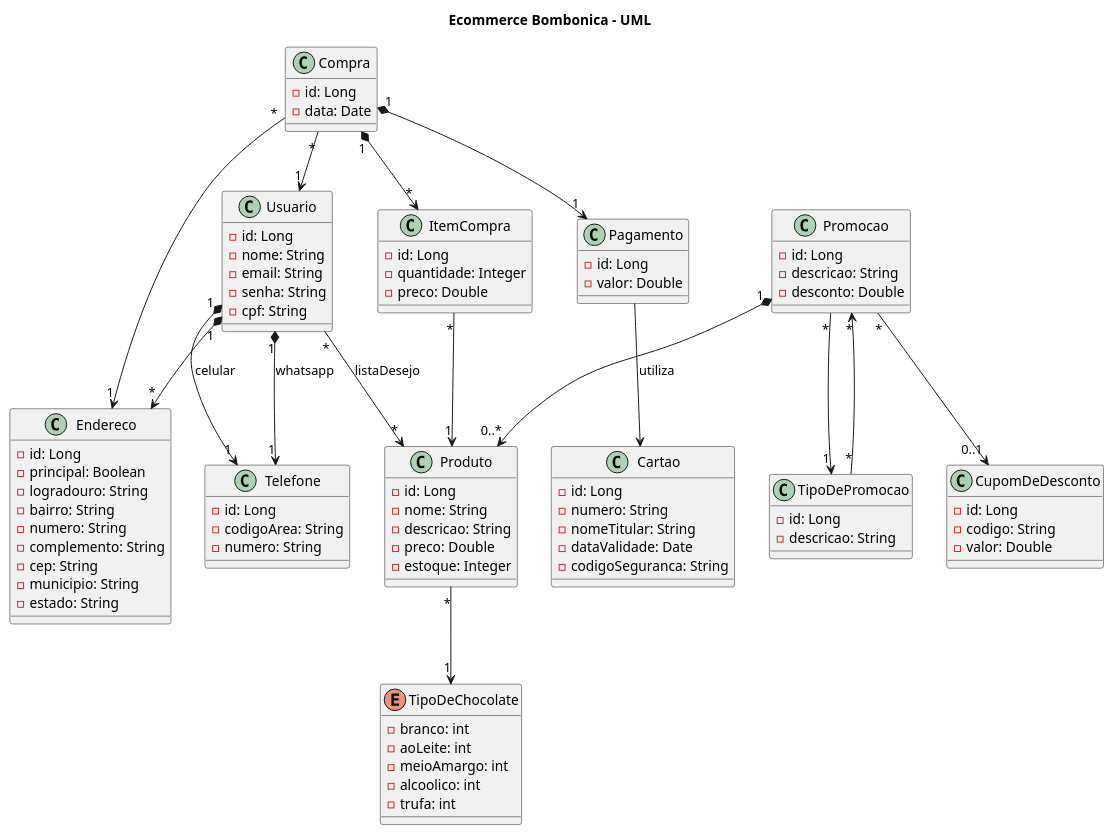
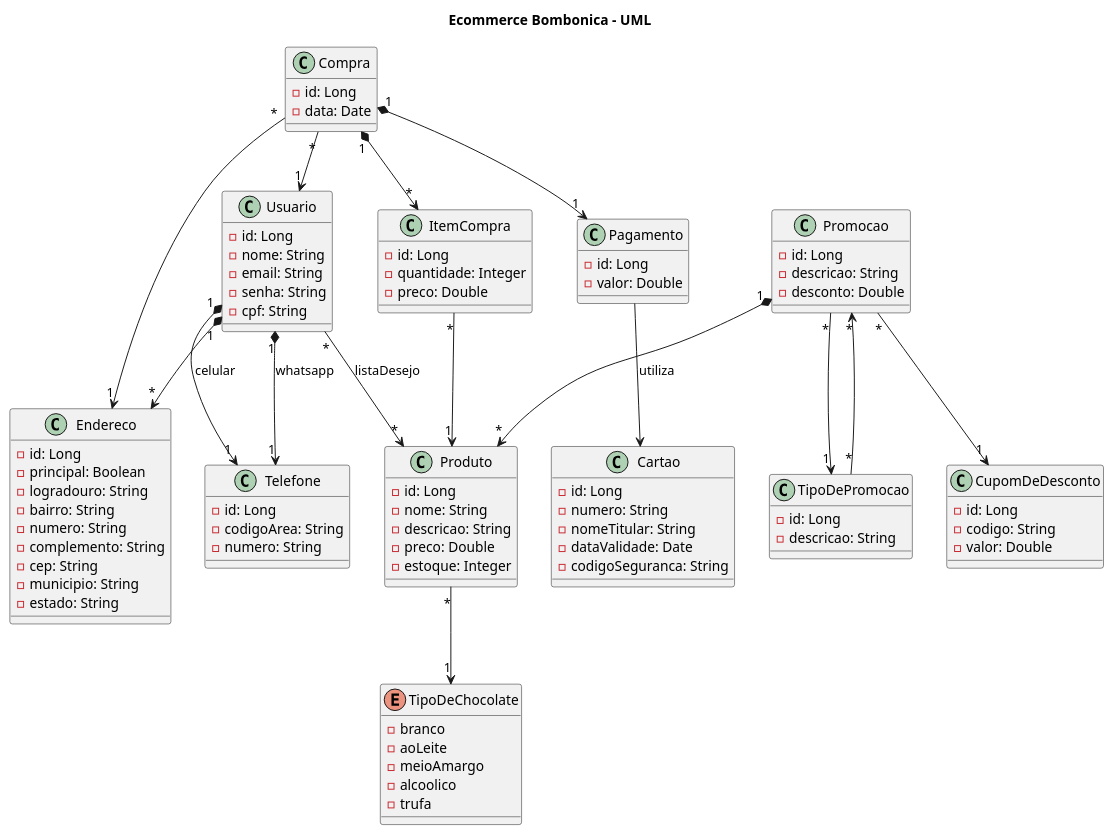
The diagram in Bombonica.plantuml (muniznicole/EcommerceBombonica), drawn with PlantUML before and after one commit.

Commit message:
Update ENUM

```diff
--- a/Bombonica.plantuml
+++ b/Bombonica.plantuml
@@ -1,109 +1,109 @@
-@startuml   
-    
+@startuml Bombonica
+
     title Ecommerce Bombonica - UML
 
     class Produto {
         - id: Long
         - nome: String
         - descricao: String
         - preco: Double
         - estoque: Integer
     }
 
     enum TipoDeChocolate {
-        - branco: int
-        - aoLeite: int
-        - meioAmargo: int
-        - alcoolico: int
-        - trufa: int
+        - branco
+        - aoLeite
+        - meioAmargo
+        - alcoolico
+        - trufa
     }
 
     class Usuario {
         - id: Long
         - nome: String
         - email: String
         - senha: String
         - cpf: String
     }
 
     class Telefone {
         - id: Long
         - codigoArea: String
         - numero: String
     }
 
     class Compra {
         - id: Long
         - data: Date
     }
 
     class ItemCompra {
         - id: Long
         - quantidade: Integer
         - preco: Double
     }
 
     class Endereco {
         - id: Long
         - principal: Boolean
         - logradouro: String
         - bairro: String
         - numero: String
         - complemento: String
         - cep: String
         - municipio: String
         - estado: String 
     }
 
     class TipoDePromocao {
         - id: Long
         - descricao: String
     }
 
     class Promocao {
         - id: Long
         - descricao: String
         - desconto: Double
     }
 
     class CupomDeDesconto {
         - id: Long
         - codigo: String
         - valor: Double
     }
 
     class Cartao {
         - id: Long
         - numero: String
         - nomeTitular: String
         - dataValidade: Date
         - codigoSeguranca: String
     }
 
     class Pagamento {
         - id: Long
         - valor: Double
     }
 
     Produto "*" --> "1" TipoDeChocolate
 
     Usuario "*" --> "*" Produto: listaDesejo
     Usuario "1" *--> "1" Telefone: celular
     Usuario "1" *--> "1" Telefone: whatsapp
     Usuario "1" *--> "*" Endereco
 
     Compra "1" *--> "*" ItemCompra
     Compra "*" --> "1" Usuario
     Compra "*" --> "1" Endereco
     Compra "1" *--> "1" Pagamento
 
     ItemCompra "*" --> "1" Produto
 
     TipoDePromocao "*" --> "*" Promocao
-    Promocao "1" *--> "0..*" Produto
-    Promocao "*" --> "0..1" CupomDeDesconto
+    Promocao "1" *--> "*" Produto
+    Promocao "*" --> "1" CupomDeDesconto
     Promocao "*" --> "1" TipoDePromocao
 
     Pagamento --> Cartao: utiliza
 
 @enduml
```
